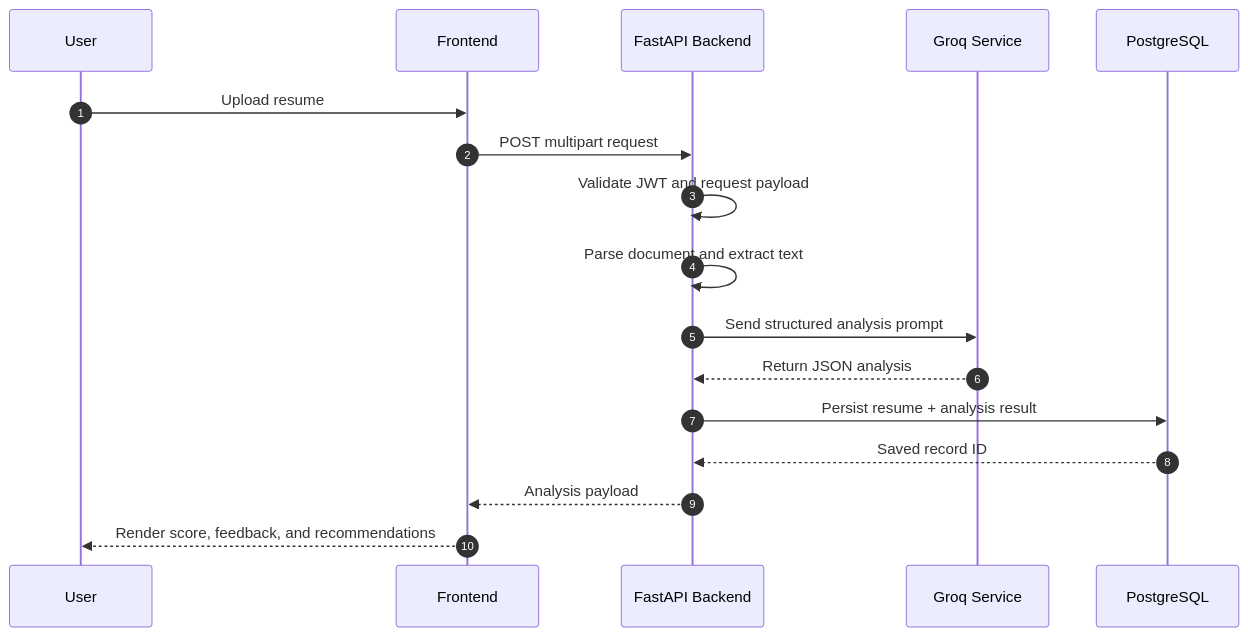
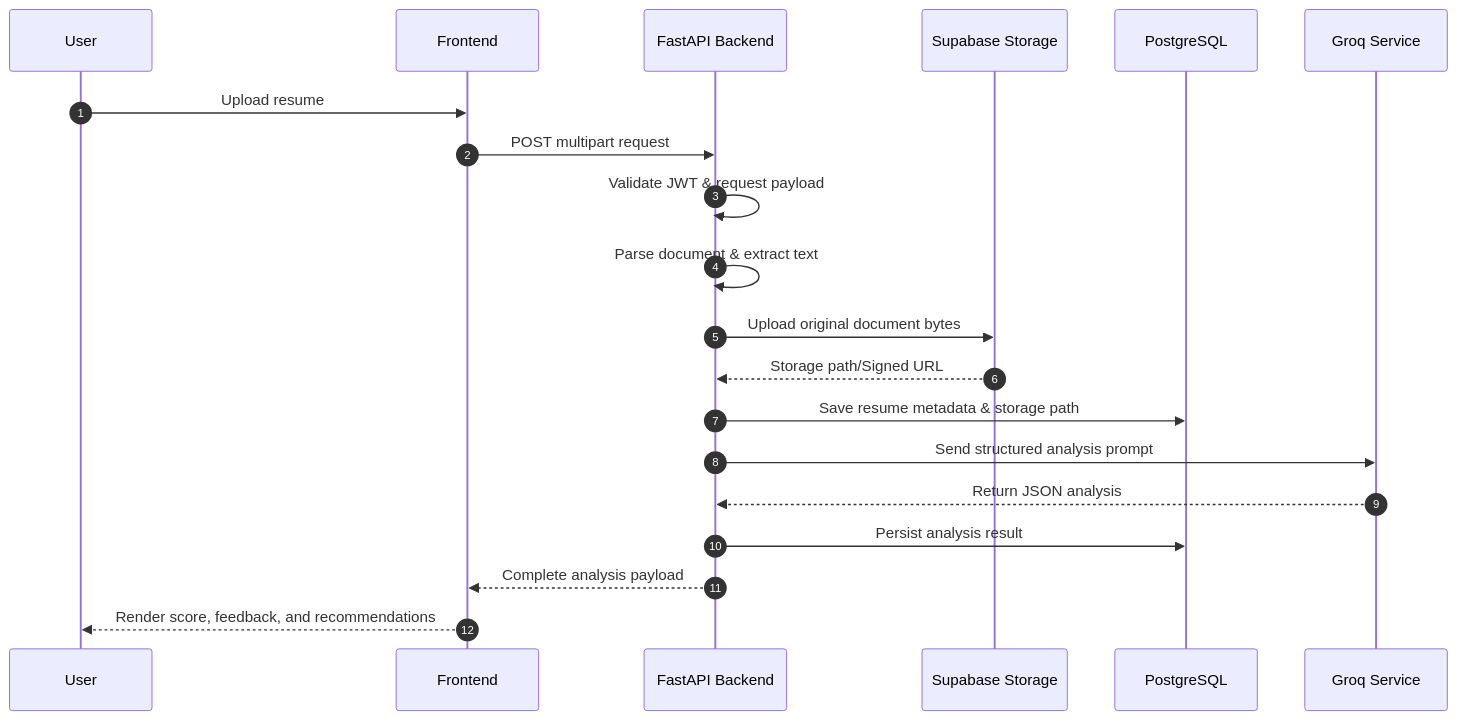
The second of 3 diagrams in README.md (Chaitanya7777777/ai-interview-platform), drawn with Mermaid before and after one commit. The commit also changed other lines of this file, not shown here.

Commit message:
Update README for storage flow

````diff
--- a/README.md
+++ b/README.md
@@ -130,20 +133,23 @@
 ```mermaid
 sequenceDiagram
     autonumber
     participant User
     participant Frontend
     participant API as FastAPI Backend
+    participant Storage as Supabase Storage
+    participant DB as PostgreSQL
     participant AI as Groq Service
-    participant DB as PostgreSQL
 
     User->>Frontend: Upload resume
     Frontend->>API: POST multipart request
-    API->>API: Validate JWT and request payload
-    API->>API: Parse document and extract text
+    API->>API: Validate JWT & request payload
+    API->>API: Parse document & extract text
+    API->>Storage: Upload original document bytes
+    Storage-->>API: Storage path/Signed URL
+    API->>DB: Save resume metadata & storage path
     API->>AI: Send structured analysis prompt
     AI-->>API: Return JSON analysis
-    API->>DB: Persist resume + analysis result
-    DB-->>API: Saved record ID
-    API-->>Frontend: Analysis payload
+    API->>DB: Persist analysis result
+    API-->>Frontend: Complete analysis payload
     Frontend-->>User: Render score, feedback, and recommendations
 ```
````
